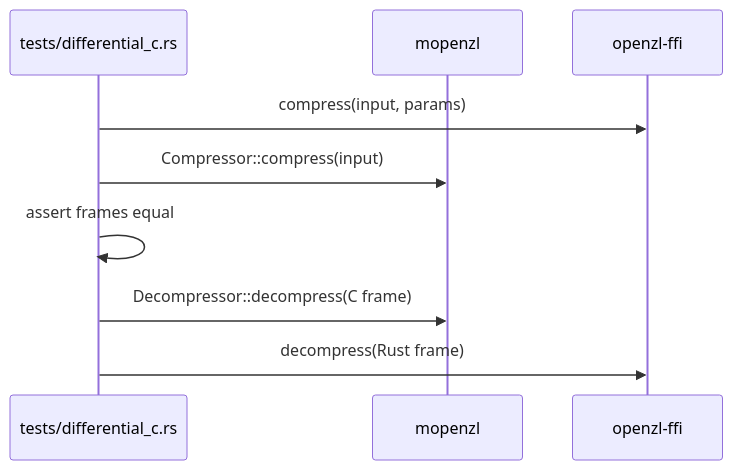
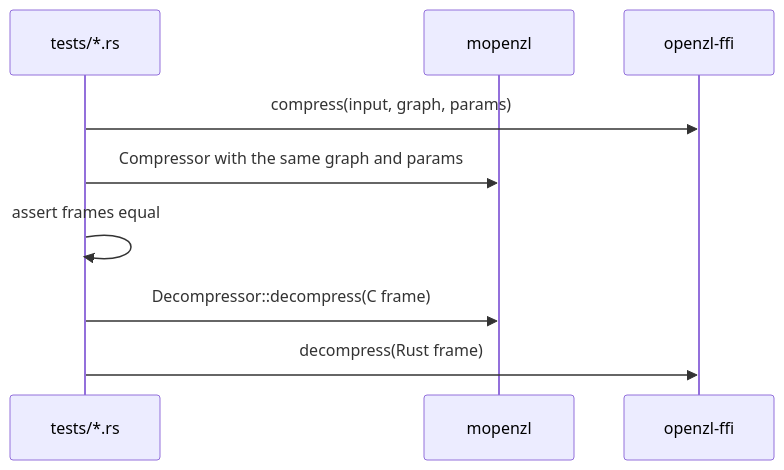
Before and after one commit to M-Compressors/mopenzl: the second of 2 diagrams in architecture/compatibility.md, drawn with Mermaid. The commit also changed other lines of this file and 784 other files, not shown here.

Commit message:
Support graph with all codecs

````diff
--- a/architecture/compatibility.md
+++ b/architecture/compatibility.md
@@ -8,11 +49,11 @@
 ```mermaid
 sequenceDiagram
-    participant T as tests/differential_c.rs
+    participant T as tests/*.rs
     participant R as mopenzl
     participant C as openzl-ffi
-    T->>C: compress(input, params)
-    T->>R: Compressor::compress(input)
+    T->>C: compress(input, graph, params)
+    T->>R: Compressor with the same graph and params
     T->>T: assert frames equal
     T->>R: Decompressor::decompress(C frame)
     T->>C: decompress(Rust frame)
 ```
````
